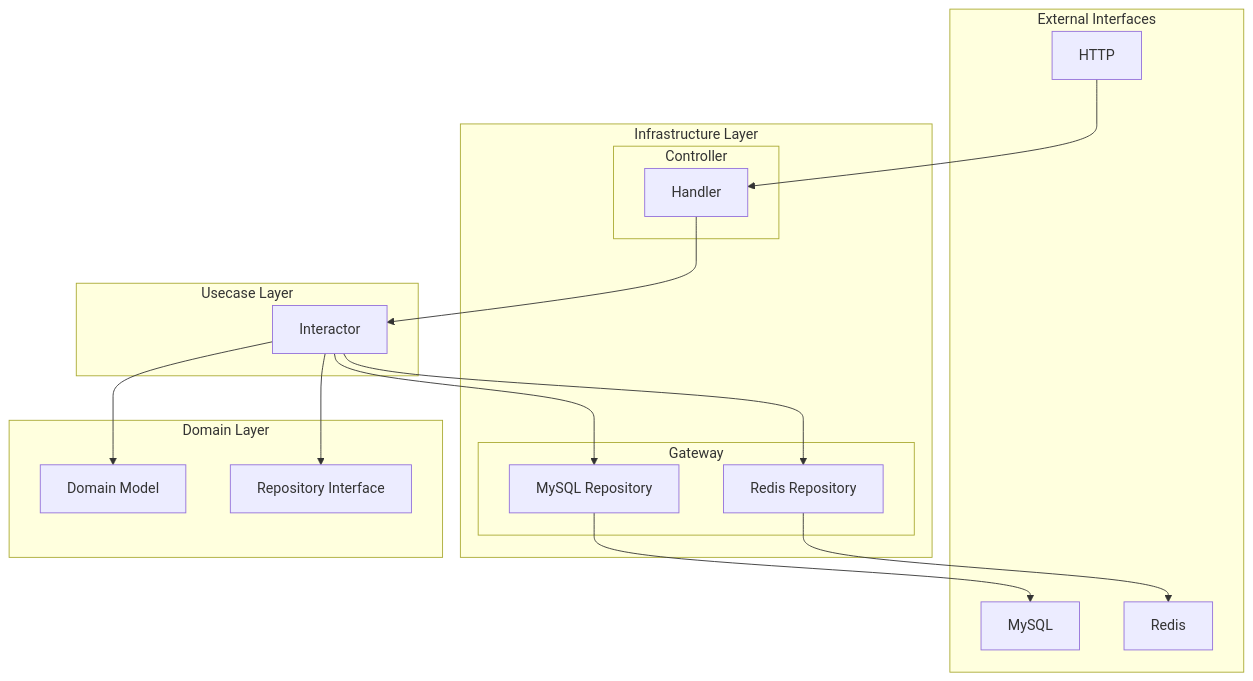
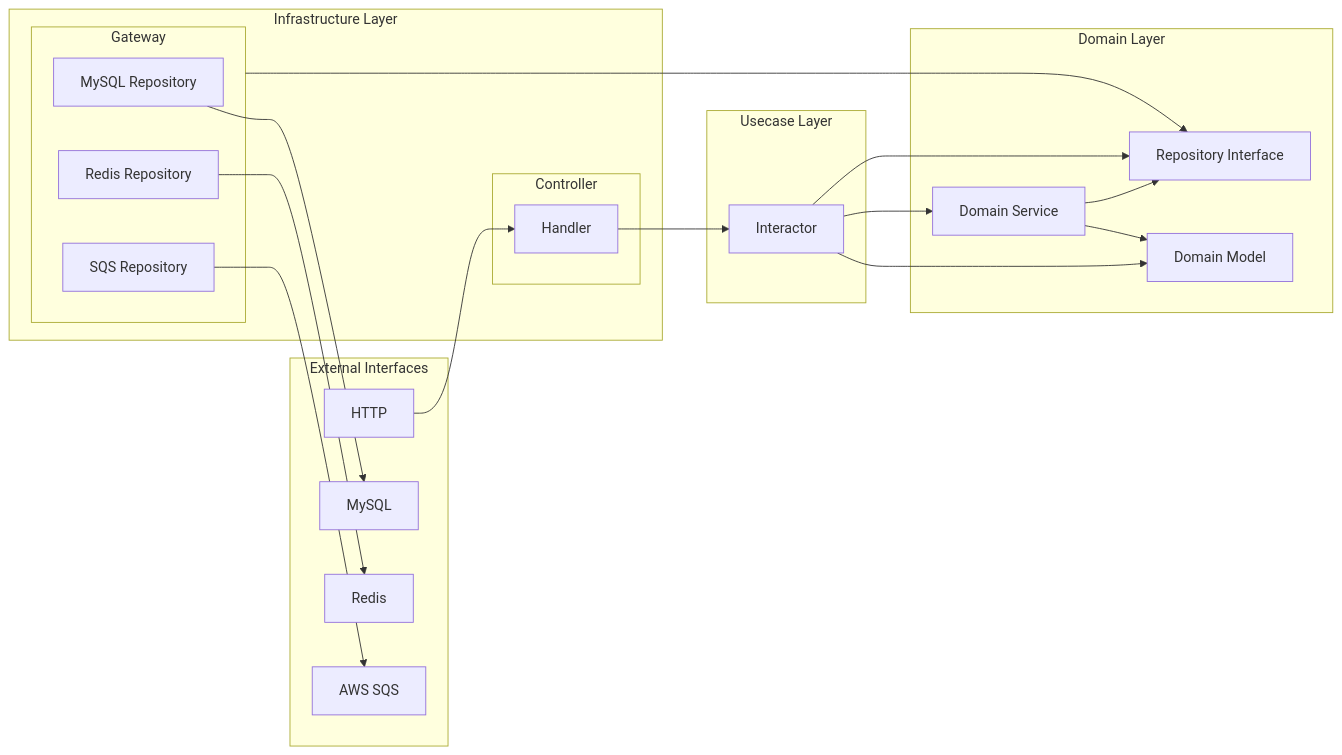
The diagram in README.md (MoneyForest/go-clean-architecture-boilerplate), drawn with Mermaid before and after one commit.

````diff
--- a/README.md
+++ b/README.md
@@ -12,49 +12,55 @@
 ```mermaid
-graph TD
+%%{init: {"flowchart": {"htmlLabels": true}} }%%
+graph LR
     subgraph External["External Interfaces"]
         HTTP["HTTP"]
         DB["MySQL"]
         CACHE["Redis"]
+        SQS["AWS SQS"]
     end
 
     subgraph Infrastructure["Infrastructure Layer"]
         subgraph Controller["Controller"]
             H["Handler"]
         end
-
         subgraph Gateway["Gateway"]
             MR["MySQL Repository"]
             RR["Redis Repository"]
+            SR["SQS Repository"]
         end
     end
 
     subgraph Usecase["Usecase Layer"]
-        U["Interactor"]
+        I["Interactor"]
     end
 
     subgraph Domain["Domain Layer"]
         DM["Domain Model"]
+        DS["Domain Service"]
         RI["Repository Interface"]
     end
 
     %% External → Infrastructure
     HTTP --> H
     MR --> DB
     RR --> CACHE
+    SR --> SQS
 
     %% Controller → Usecase
-    H --> U
+    H --> I
 
     %% Usecase → Domain
-    U --> DM
-    U --> RI
+    I --> DM
+    I --> DS
+    I --> RI
+    DS --> DM
+    DS --> RI
 
-    %% Repository uses Gateways
-    U --> MR
-    U --> RR
+    %% Repository Implementations
+    Gateway --> RI
 
     classDef domain fill:#e8372c,stroke:#333,stroke-width:2px,color:#fff
     classDef usecase fill:#f58634,stroke:#333,stroke-width:2px,color:#fff
     classDef infra fill:#58aa46,stroke:#333,stroke-width:2px,color:#fff
     classDef external fill:#2c4a9b,stroke:#333,stroke-width:2px,color:#fff
 ```
````
